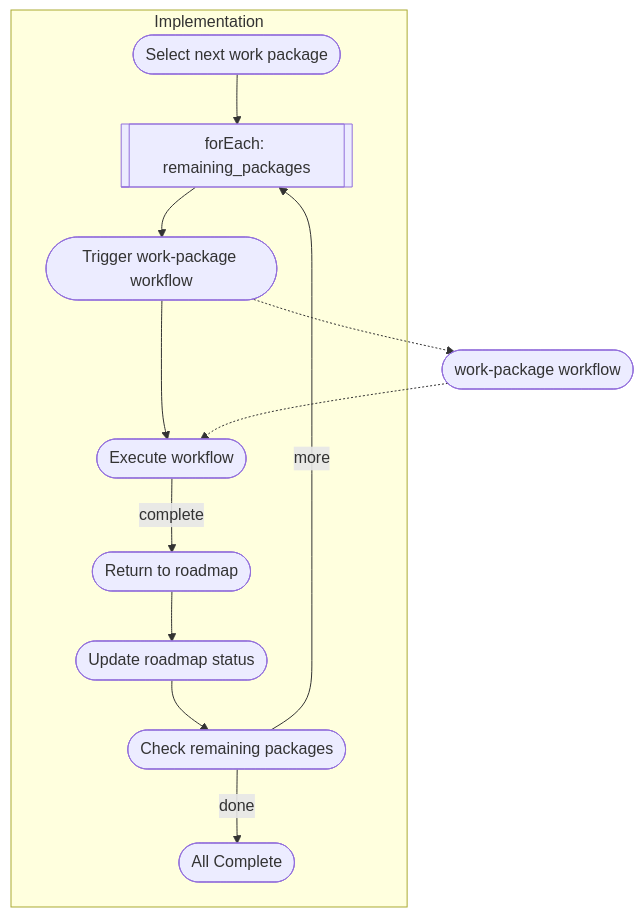
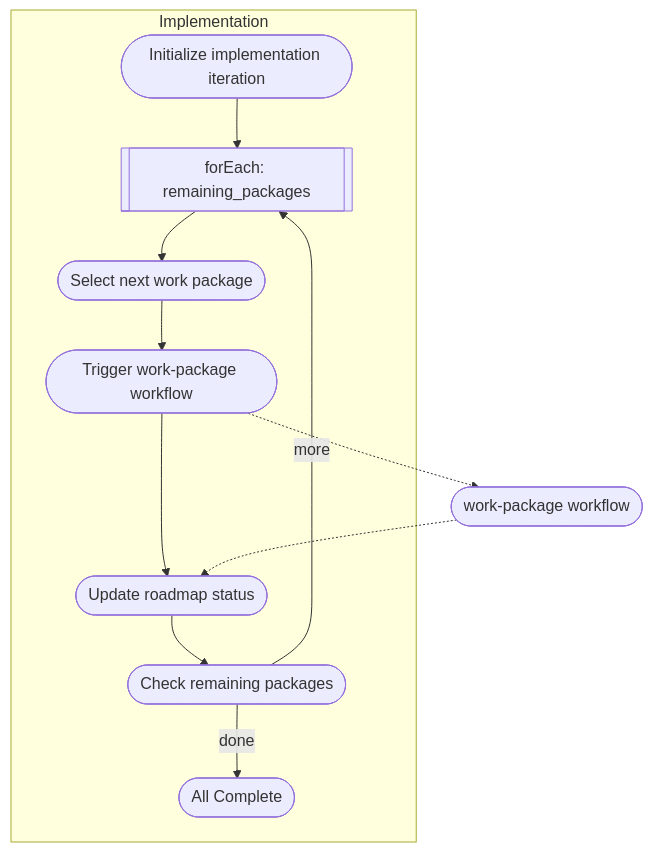
The eighth of 8 diagrams in work-packages/README.md (m2ux/workflow-server), drawn with Mermaid before and after one commit. The commit also changed other lines of this file and 182 other files, not shown here.

````diff
--- a/work-packages/README.md
+++ b/work-packages/README.md
@@ -275,22 +274,20 @@
 ```mermaid
 graph TD
     subgraph implementation[Implementation]
+        i0([Initialize implementation iteration])
         loop[[forEach: remaining_packages]]
         i1([Select next work package])
         i2([Trigger work-package workflow])
-        i3([Execute workflow])
-        i4([Return to roadmap])
         i5([Update roadmap status])
         i6([Check remaining packages])
         
-        i1 --> loop
-        loop --> i2 --> i3
-        i3 -->|complete| i4 --> i5 --> i6
+        i0 --> loop
+        loop --> i1 --> i2 --> i5 --> i6
         i6 -->|more| loop
         i6 -->|done| Done([All Complete])
     end
     
     trigger([work-package workflow])
     i2 -.-> trigger
-    trigger -.-> i3
+    trigger -.-> i5
 ```
````
